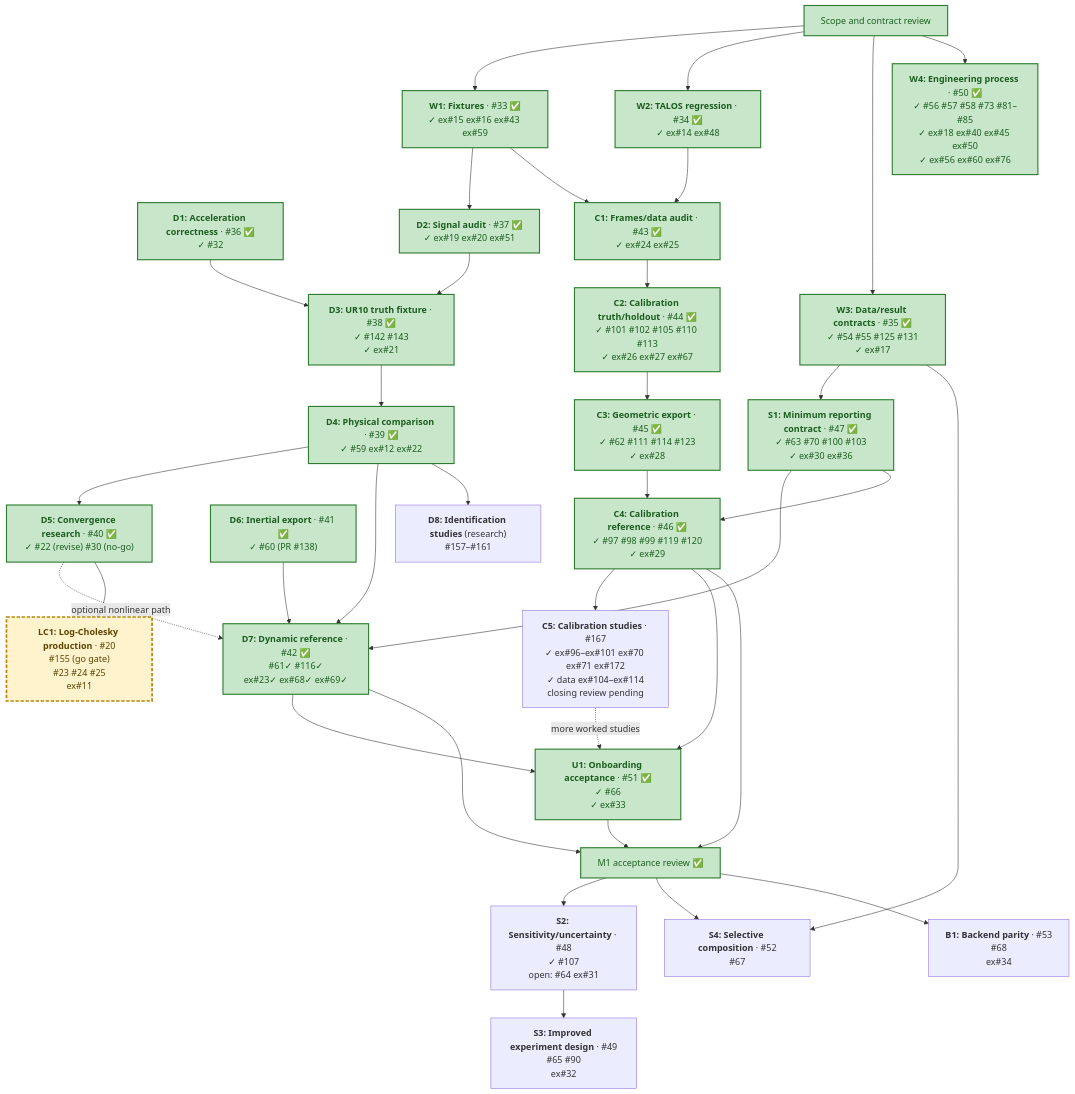
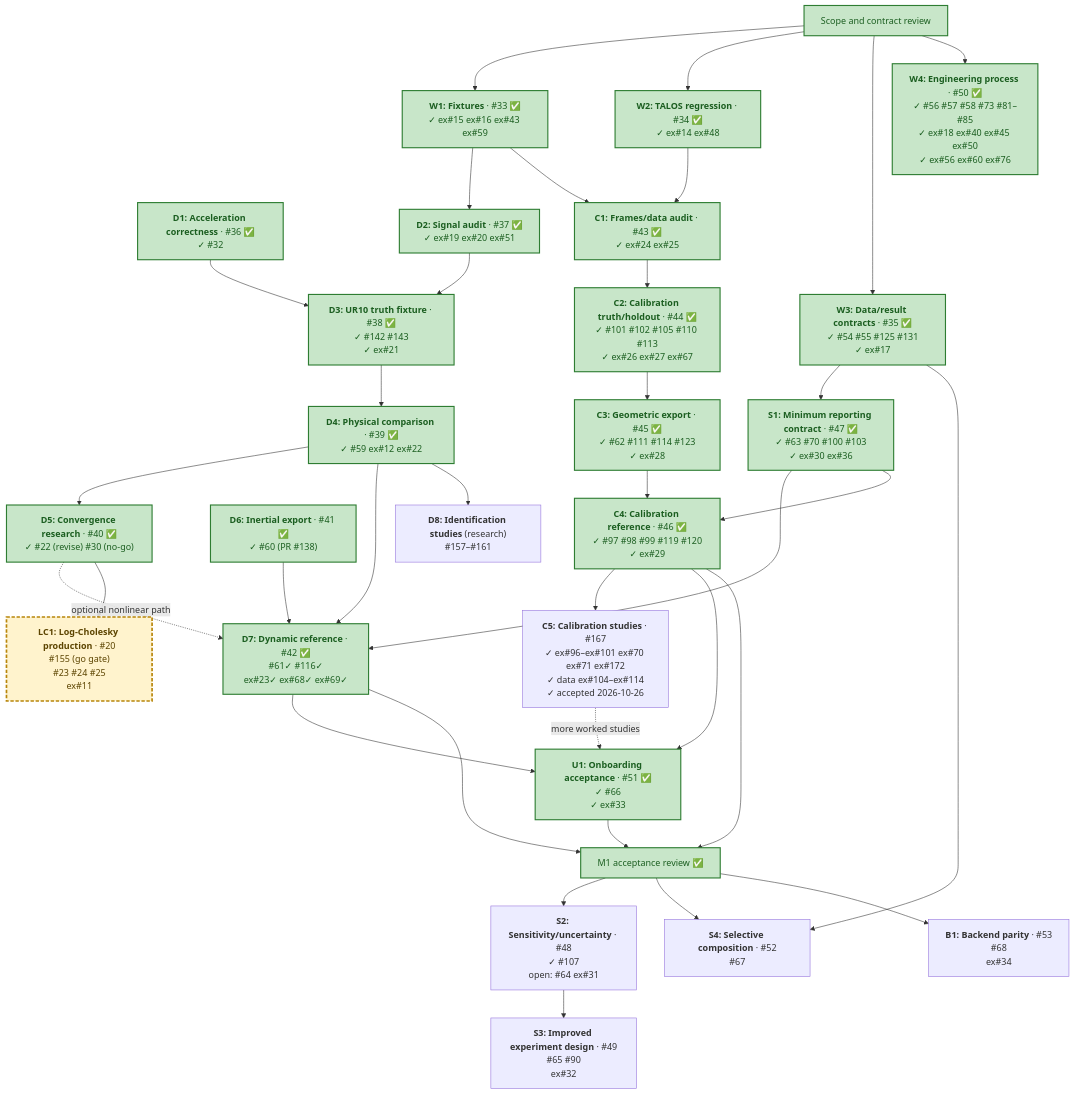
One commit to thanhndv212/figaroh-plus changed the diagram in docs/plans/identification-calibration-delivery.md. Above: the diagram before and after it, drawn with Mermaid. The commit also changed other lines of this file and 3 other files, not shown here.

First line of the commit message:
docs(roadmap): record C5 acceptance, D8, and the 1.0.1/1.0.2 releases

````diff
--- a/docs/plans/identification-calibration-delivery.md
+++ b/docs/plans/identification-calibration-delivery.md
@@ -77,70 +77,70 @@
 ```mermaid
 flowchart TD
     R["Scope and contract review"]
     W1["<b>W1: Fixtures</b> · #33 ✅<br/>✓ ex#15 ex#16 ex#43 ex#59"]
     W2["<b>W2: TALOS regression</b> · #34 ✅<br/>✓ ex#14 ex#48"]
     W3["<b>W3: Data/result contracts</b> · #35 ✅<br/>✓ #54 #55 #125 #131<br/>✓ ex#17"]
     W4["<b>W4: Engineering process</b> · #50 ✅<br/>✓ #56 #57 #58 #73 #81–#85<br/>✓ ex#18 ex#40 ex#45 ex#50<br/>✓ ex#56 ex#60 ex#76"]
     D1["<b>D1: Acceleration correctness</b> · #36 ✅<br/>✓ #32"]
     D2["<b>D2: Signal audit</b> · #37 ✅<br/>✓ ex#19 ex#20 ex#51"]
     D3["<b>D3: UR10 truth fixture</b> · #38 ✅<br/>✓ #142 #143<br/>✓ ex#21"]
     D4["<b>D4: Physical comparison</b> · #39 ✅<br/>✓ #59 ex#12 ex#22"]
     D5["<b>D5: Convergence research</b> · #40 ✅<br/>✓ #22 (revise) #30 (no-go)"]
     D6["<b>D6: Inertial export</b> · #41 ✅<br/>✓ #60 (PR #138)"]
     D7["<b>D7: Dynamic reference</b> · #42 ✅<br/>#61✓ #116✓<br/>ex#23✓ ex#68✓ ex#69✓"]
     C1["<b>C1: Frames/data audit</b> · #43 ✅<br/>✓ ex#24 ex#25"]
     C2["<b>C2: Calibration truth/holdout</b> · #44 ✅<br/>✓ #101 #102 #105 #110 #113<br/>✓ ex#26 ex#27 ex#67"]
     C3["<b>C3: Geometric export</b> · #45 ✅<br/>✓ #62 #111 #114 #123<br/>✓ ex#28"]
     C4["<b>C4: Calibration reference</b> · #46 ✅<br/>✓ #97 #98 #99 #119 #120<br/>✓ ex#29"]
-    C5["<b>C5: Calibration studies</b> · #167<br/>✓ ex#96–ex#101 ex#70 ex#71 ex#172<br/>✓ data ex#104–ex#114<br/>closing review pending"]
+    C5["<b>C5: Calibration studies</b> · #167<br/>✓ ex#96–ex#101 ex#70 ex#71 ex#172<br/>✓ data ex#104–ex#114<br/>✓ accepted 2026-10-26"]
     D8["<b>D8: Identification studies</b> (research)<br/>#157–#161"]
     S1["<b>S1: Minimum reporting contract</b> · #47 ✅<br/>✓ #63 #70 #100 #103<br/>✓ ex#30 ex#36"]
     U1["<b>U1: Onboarding acceptance</b> · #51 ✅<br/>✓ #66<br/>✓ ex#33"]
     A["M1 acceptance review ✅"]
     S2["<b>S2: Sensitivity/uncertainty</b> · #48<br/>✓ #107<br/>open: #64 ex#31"]
     S3["<b>S3: Improved experiment design</b> · #49<br/>#65 #90<br/>ex#32"]
     S4["<b>S4: Selective composition</b> · #52<br/>#67"]
     B1["<b>B1: Backend parity</b> · #53<br/>#68<br/>ex#34"]
     LC1["<b>LC1: Log-Cholesky production</b> · #20<br/>#155 (go gate)<br/>#23 #24 #25<br/>ex#11"]
 
     R --> W1
     R --> W2
     R --> W3
     R --> W4
     W1 --> D2
     D1 --> D3
     D2 --> D3
     D3 --> D4
     D4 --> D5
     D6 --> D7
     D4 --> D7
     D5 -. optional nonlinear path .-> D7
     D5 --> LC1
     W1 --> C1
     W2 --> C1
     C1 --> C2
     C2 --> C3
     C3 --> C4
     C4 --> C5
     D4 --> D8
     C5 -. more worked studies .-> U1
     W3 --> S1
     S1 --> D7
     S1 --> C4
     D7 --> U1
     C4 --> U1
     D7 --> A
     C4 --> A
     U1 --> A
     A --> S2
     S2 --> S3
     A --> S4
     W3 --> S4
     A --> B1
 
     classDef cleared fill:#c8e6c9,stroke:#2e7d32,stroke-width:2px,color:#1b5e20
     classDef ready fill:#fff3cd,stroke:#b8860b,color:#5c4400
     class R,W1,W2,W3,W4,D1,D2,C1,C2,C3,S1,D6,C4,D3,D4,D5,D7,U1,A cleared
     class LC1 active
     classDef active fill:#fff3cd,stroke:#b8860b,stroke-width:3px,stroke-dasharray:6 3,color:#5c4400
 ```
````
